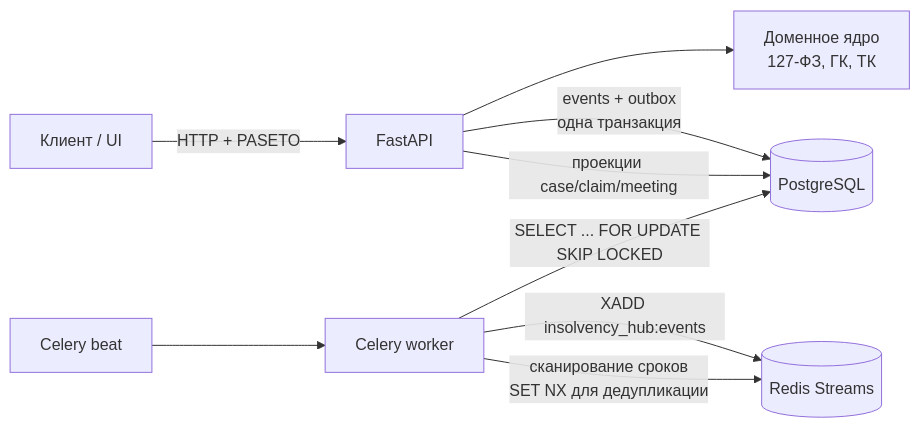
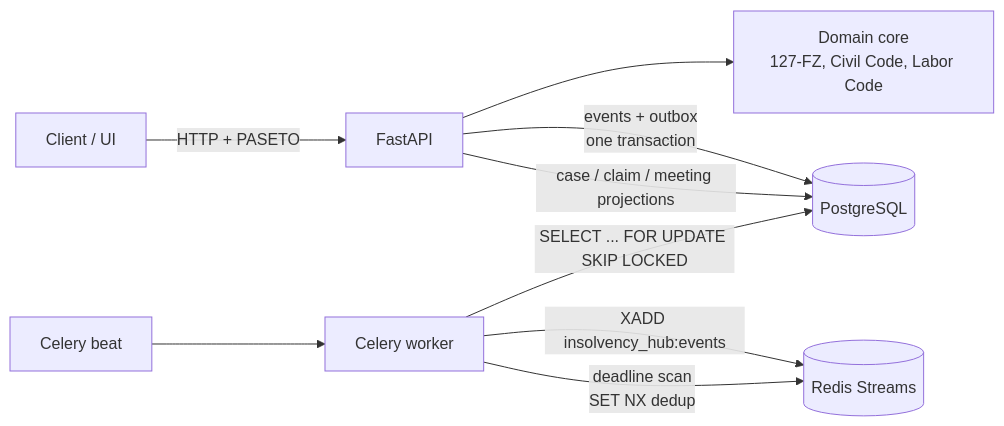
One commit to d1g-1t/InsolvencyHub changed the diagram in README.md. Above: the diagram before and after it, drawn with Mermaid. The commit also changed other lines of this file, not shown here.

````diff
--- a/README.md
+++ b/README.md
@@ -26,11 +32,11 @@
 ```mermaid
 flowchart LR
-    client[Клиент / UI] -->|HTTP + PASETO| api[FastAPI]
-    api --> domain[Доменное ядро<br/>127-ФЗ, ГК, ТК]
-    api -->|events + outbox<br/>одна транзакция| pg[(PostgreSQL)]
-    api -->|проекции case/claim/meeting| pg
+    client[Client / UI] -->|HTTP + PASETO| api[FastAPI]
+    api --> domain[Domain core<br/>127-FZ, Civil Code, Labor Code]
+    api -->|events + outbox<br/>one transaction| pg[(PostgreSQL)]
+    api -->|case / claim / meeting projections| pg
     beat[Celery beat] --> worker[Celery worker]
     worker -->|SELECT ... FOR UPDATE SKIP LOCKED| pg
     worker -->|XADD insolvency_hub:events| redis[(Redis Streams)]
-    worker -->|сканирование сроков<br/>SET NX для дедупликации| redis
+    worker -->|deadline scan<br/>SET NX dedup| redis
 ```
````
